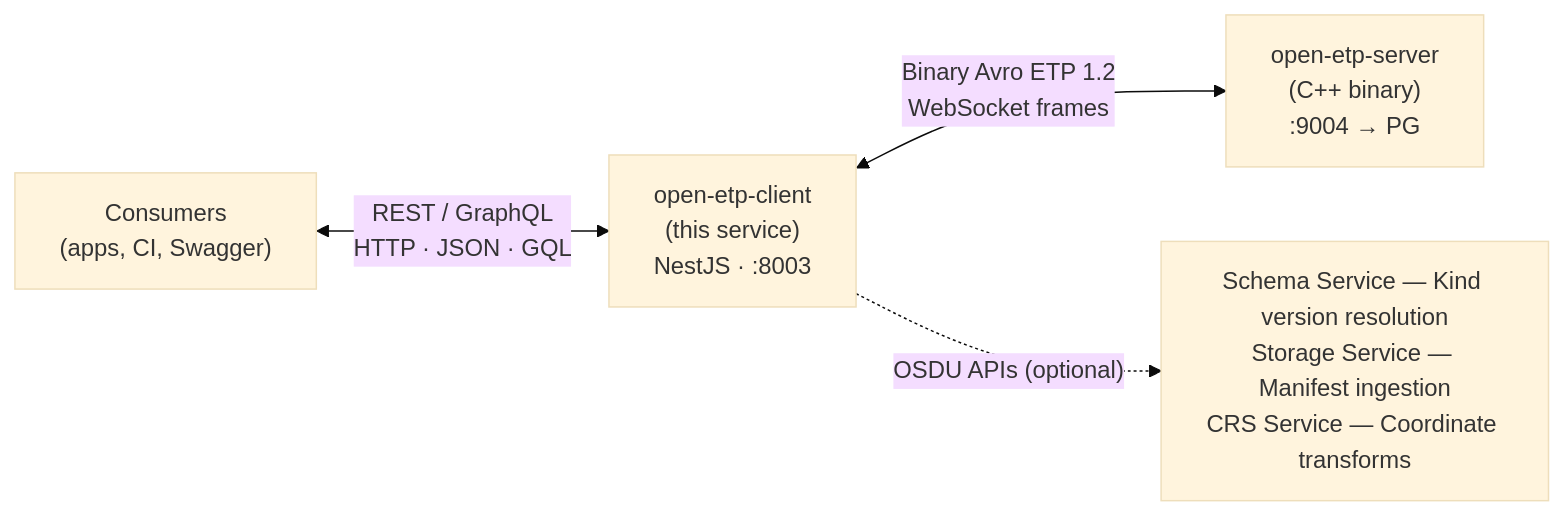
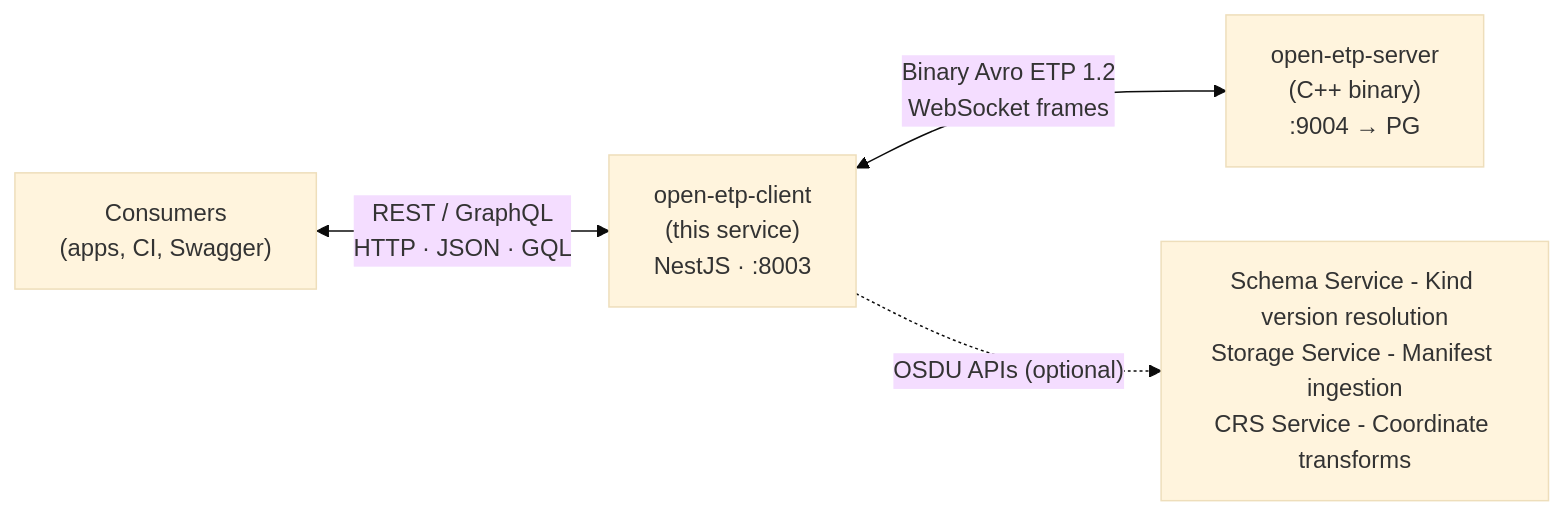
The diagram in README.md (marcusapel/open-etp-client), drawn with Mermaid (base theme) before and after one commit. The commit also changed other lines of this file and 66 other files, not shown here.

````diff
--- a/README.md
+++ b/README.md
@@ -5,6 +5,6 @@
 ```mermaid
 graph LR
     A["Consumers<br/>(apps, CI, Swagger)"] <-->|"REST / GraphQL<br/>HTTP · JSON · GQL"| B["open-etp-client<br/>(this service)<br/>NestJS · :8003"]
     B <-->|"Binary Avro ETP 1.2<br/>WebSocket frames"| C["open-etp-server<br/>(C++ binary)<br/>:9004 → PG"]
-    B -.->|"OSDU APIs (optional)"| D["Schema Service — Kind version resolution<br/>Storage Service — Manifest ingestion<br/>CRS Service — Coordinate transforms"]
+    B -.->|"OSDU APIs (optional)"| D["Schema Service - Kind version resolution<br/>Storage Service - Manifest ingestion<br/>CRS Service - Coordinate transforms"]
 ```
````
